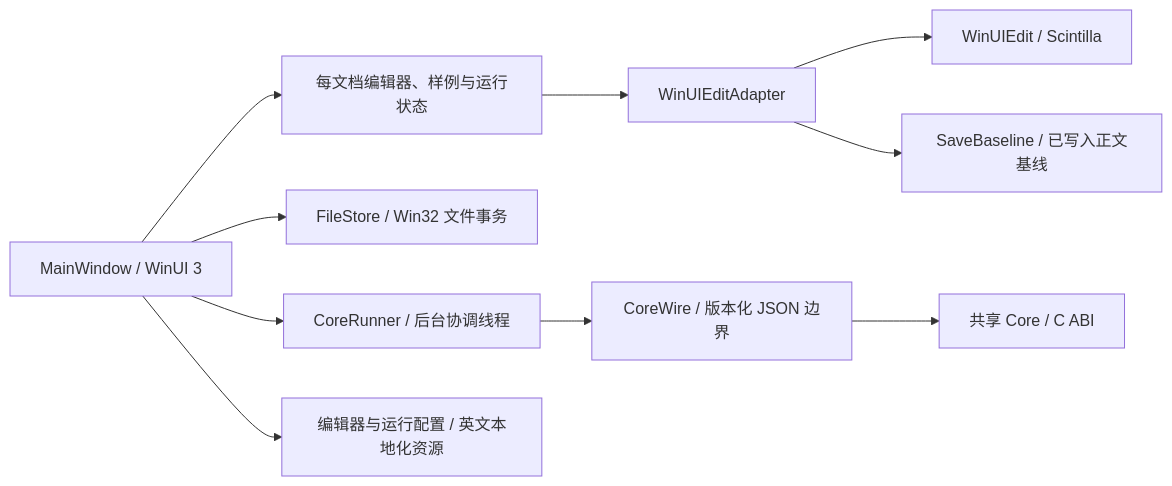
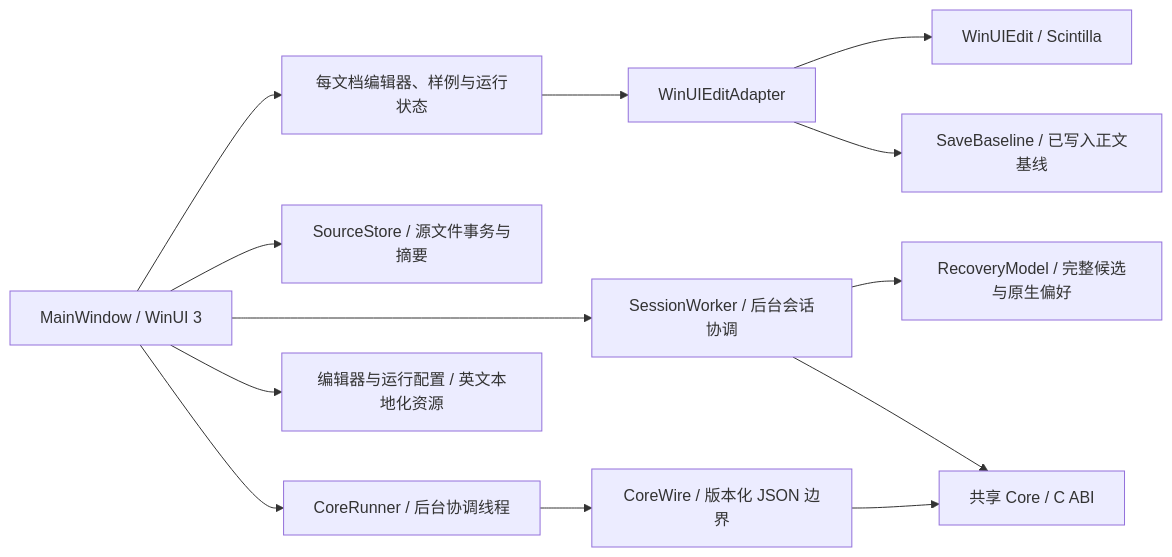
One commit to A-BenLi06/CPeditor-Native changed the diagram in apps/windows/README.md. Above: the diagram before and after it, drawn with Mermaid. The commit also changed other lines of this file and 31 other files, not shown here.

````diff
--- a/apps/windows/README.md
+++ b/apps/windows/README.md
@@ -9,12 +9,15 @@
 ```mermaid
 flowchart LR
     Window[MainWindow / WinUI 3] --> Document[每文档编辑器、样例与运行状态]
     Document --> Adapter[WinUIEditAdapter]
     Adapter --> Control[WinUIEdit / Scintilla]
     Adapter --> Baseline[SaveBaseline / 已写入正文基线]
-    Window --> Files[FileStore / Win32 文件事务]
+    Window --> Files[SourceStore / 源文件事务与摘要]
+    Window --> Recovery[SessionWorker / 后台会话协调]
+    Recovery --> Model[RecoveryModel / 完整候选与原生偏好]
+    Recovery --> ABI
     Window --> Runner[CoreRunner / 后台协调线程]
     Runner --> Wire[CoreWire / 版本化 JSON 边界]
     Wire --> ABI[共享 Core / C ABI]
     Window --> Config[编辑器与运行配置 / 英文本地化资源]
 ```
````
